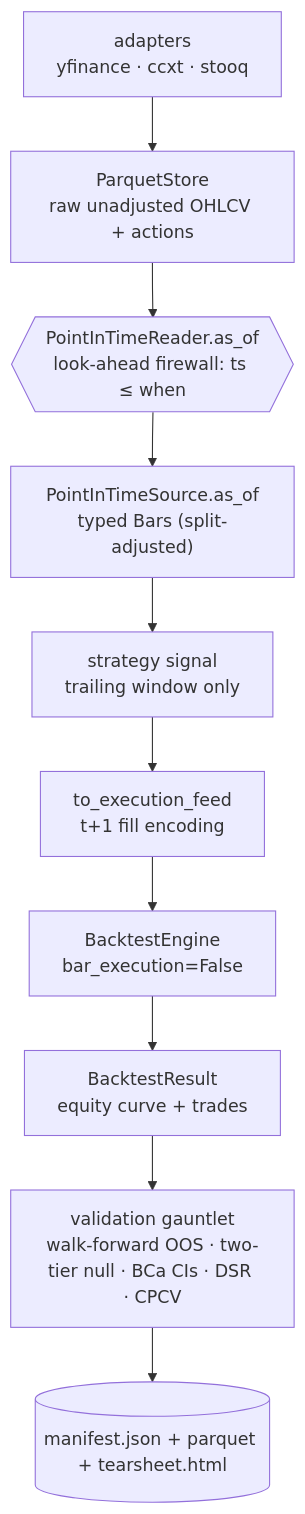
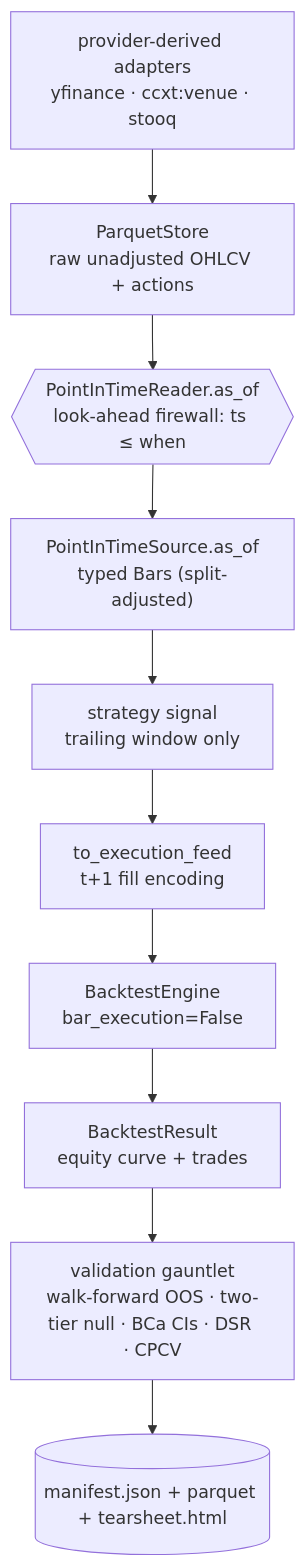
The second of 4 diagrams in docs/ARCHITECTURE.md (tradingsystem1880-eng/Project-ALPHA), drawn with Mermaid before and after one commit. The commit also changed other lines of this file and 72 other files, not shown here.

````diff
--- a/docs/ARCHITECTURE.md
+++ b/docs/ARCHITECTURE.md
@@ -102,12 +100,12 @@
 ```mermaid
 flowchart TD
-    A["adapters<br/>yfinance · ccxt · stooq"] --> B["ParquetStore<br/>raw unadjusted OHLCV + actions"]
+    A["provider-derived adapters<br/>yfinance · ccxt:venue · stooq"] --> B["ParquetStore<br/>raw unadjusted OHLCV + actions"]
     B --> C{{"PointInTimeReader.as_of<br/>look-ahead firewall: ts ≤ when"}}
     C --> D["PointInTimeSource.as_of<br/>typed Bars (split-adjusted)"]
     D --> E["strategy signal<br/>trailing window only"]
     E --> F["to_execution_feed<br/>t+1 fill encoding"]
     F --> G["BacktestEngine<br/>bar_execution=False"]
     G --> H["BacktestResult<br/>equity curve + trades"]
     H --> I["validation gauntlet<br/>walk-forward OOS · two-tier null · BCa CIs · DSR · CPCV"]
     I --> J[("manifest.json + parquet + tearsheet.html")]
 ```
````
